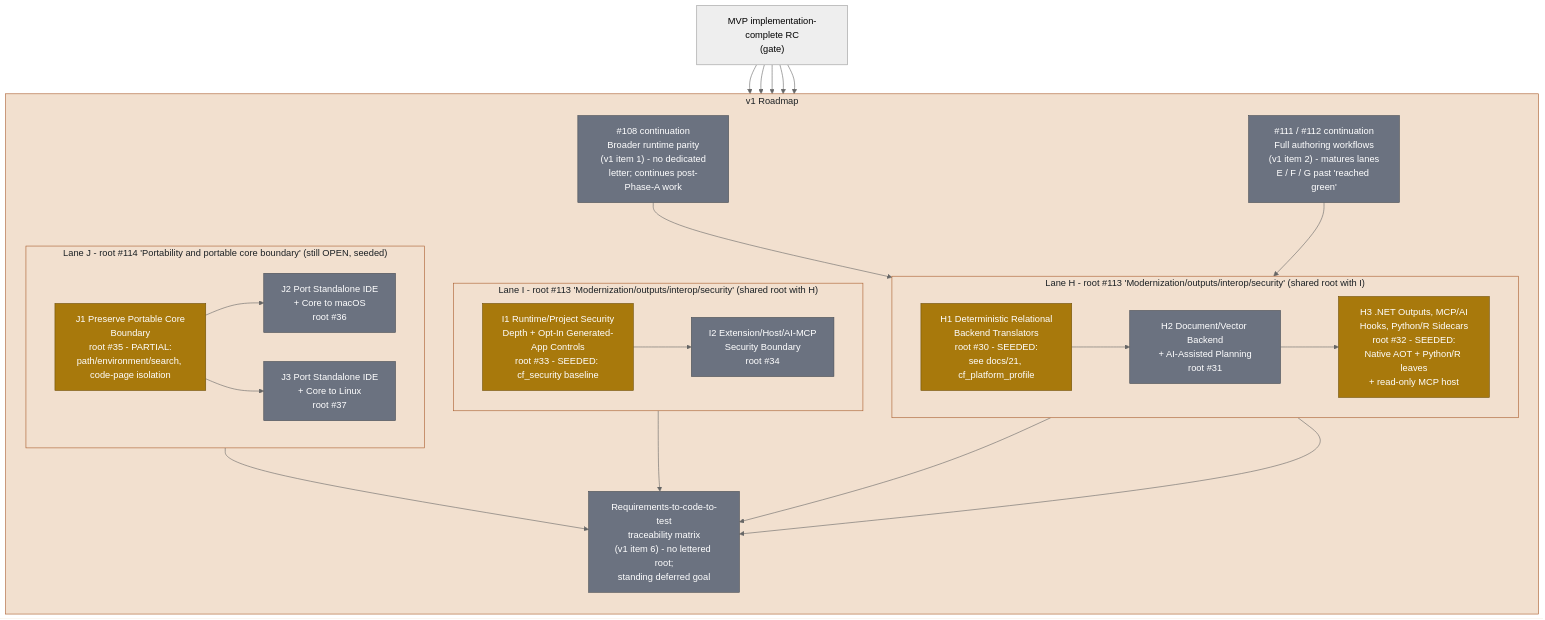
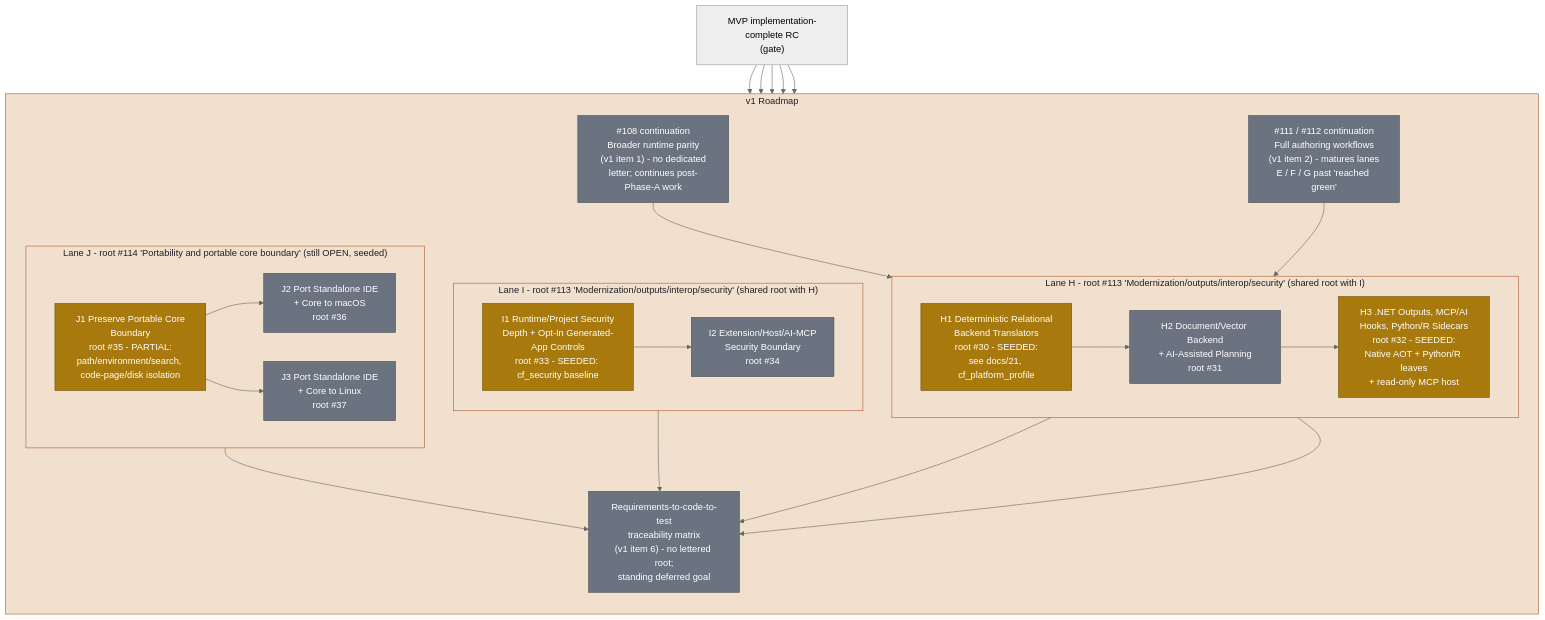
One commit to rhamenator/Project-Copperfin changed the diagram in docs/diagrams/roadmap-v1-lanes-hij.md. Above: the diagram before and after it, drawn with Mermaid (neutral theme). The commit also changed other lines of this file and 16 other files, not shown here.

````diff
--- a/docs/diagrams/roadmap-v1-lanes-hij.md
+++ b/docs/diagrams/roadmap-v1-lanes-hij.md
@@ -10,60 +10,60 @@
 ```mermaid
 flowchart TB
     classDef partial fill:#a8790c,stroke:#6e4f07,color:#ffffff,stroke-width:1px;
     classDef planned fill:#6b7280,stroke:#484d54,color:#ffffff,stroke-width:1px;
     classDef lane fill:#f2e0cf,stroke:#a85a2a,color:#1b2024,stroke-width:1px;
 
     MVP["MVP implementation-complete RC<br/>(gate)"]
 
     subgraph V1["v1 Roadmap"]
       direction TB
 
       CONT1["#108 continuation<br/>Broader runtime parity<br/>(v1 item 1) - no dedicated<br/>letter; continues post-Phase-A work"]
       CONT2["#111 / #112 continuation<br/>Full authoring workflows<br/>(v1 item 2) - matures lanes<br/>E / F / G past 'reached green'"]
 
       subgraph LANEH["Lane H - root #113 'Modernization/outputs/interop/security' (shared root with I)"]
         direction LR
         H1["H1 Deterministic Relational<br/>Backend Translators<br/>root #30 - SEEDED:<br/>see docs/21, cf_platform_profile"]
         H2["H2 Document/Vector Backend<br/>+ AI-Assisted Planning<br/>root #31"]
         H3["H3 .NET Outputs, MCP/AI<br/>Hooks, Python/R Sidecars<br/>root #32 - SEEDED:<br/>Native AOT + Python/R leaves<br/>+ read-only MCP host"]
         H1 --> H2 --> H3
       end
 
       subgraph LANEI["Lane I - root #113 'Modernization/outputs/interop/security' (shared root with H)"]
         direction LR
         I1["I1 Runtime/Project Security<br/>Depth + Opt-In Generated-<br/>App Controls<br/>root #33 - SEEDED: cf_security baseline"]
         I2["I2 Extension/Host/AI-MCP<br/>Security Boundary<br/>root #34"]
         I1 --> I2
       end
 
       subgraph LANEJ["Lane J - root #114 'Portability and portable core boundary' (still OPEN, seeded)"]
         direction LR
-        J1["J1 Preserve Portable Core<br/>Boundary<br/>root #35 - PARTIAL:<br/>path/environment/search, code-page isolation"]
+        J1["J1 Preserve Portable Core<br/>Boundary<br/>root #35 - PARTIAL:<br/>path/environment/search, code-page/disk isolation"]
         J2["J2 Port Standalone IDE<br/>+ Core to macOS<br/>root #36"]
         J3["J3 Port Standalone IDE<br/>+ Core to Linux<br/>root #37"]
         J1 --> J2
         J1 --> J3
       end
 
       TRACE["Requirements-to-code-to-test<br/>traceability matrix<br/>(v1 item 6) - no lettered root;<br/>standing deferred goal"]
     end
 
     MVP --> CONT1
     MVP --> CONT2
     MVP --> LANEH
     MVP --> LANEI
     MVP --> LANEJ
     CONT1 --> H1
     CONT2 --> H3
     H1 --> TRACE
     H3 --> TRACE
     I2 --> TRACE
     J1 --> TRACE
 
     class CONT1,CONT2 planned;
     class H1,H3,I1,J1 partial;
     class H2,I2 planned;
     class J2,J3 planned;
     class TRACE planned;
     class V1,LANEH,LANEI,LANEJ lane;
 ```
````
